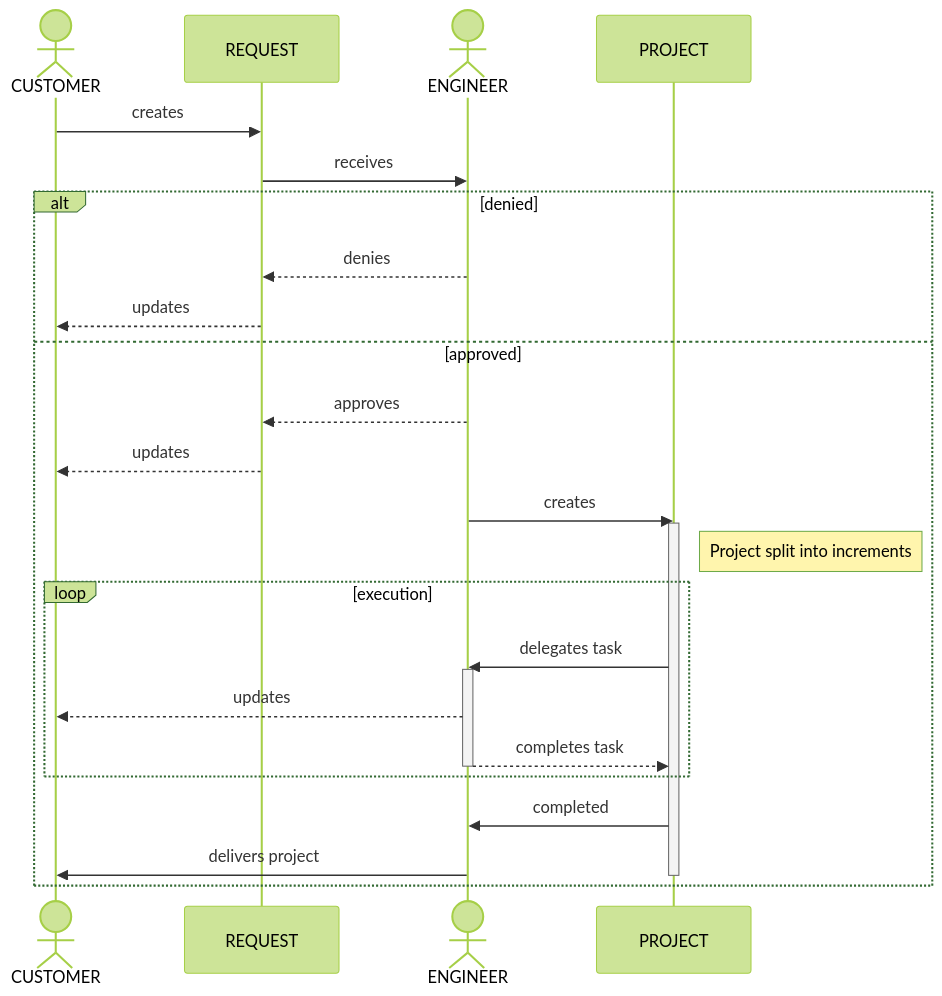
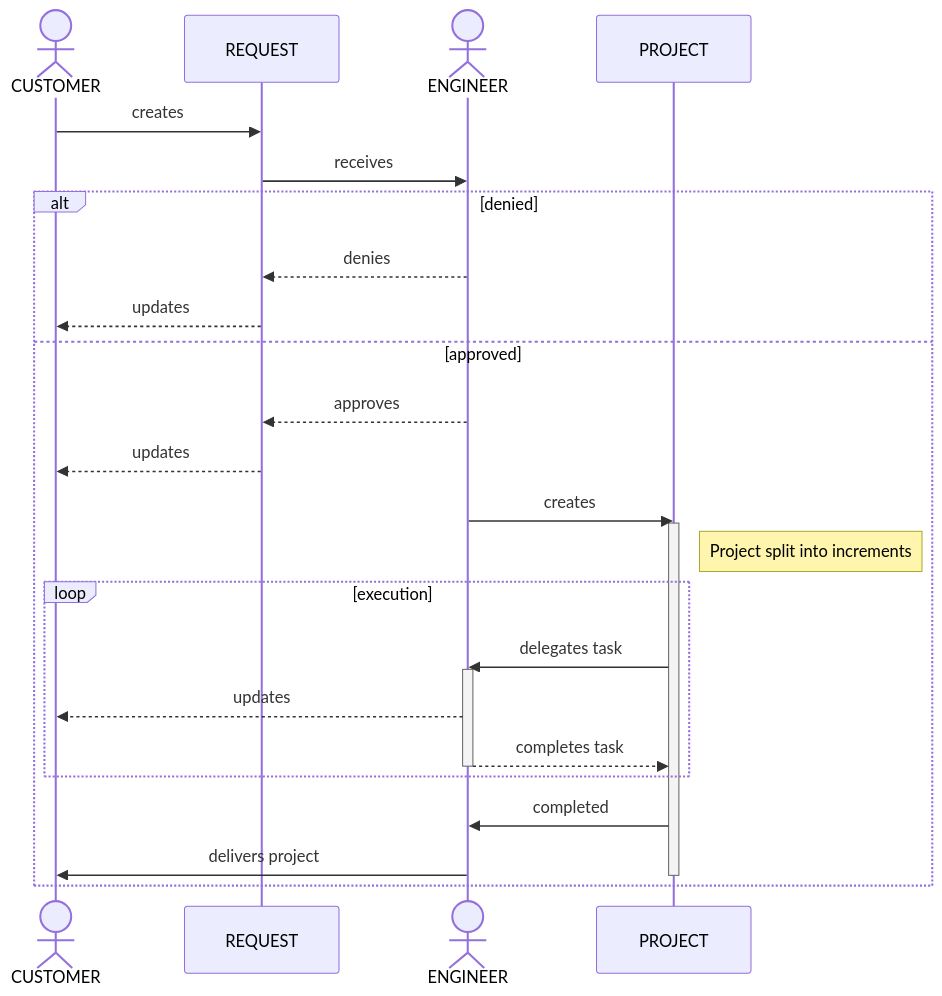
Before and after one commit to ines-ltd/grand-central: the second of 3 diagrams in specs/spec.md, drawn with Mermaid. The commit also changed other lines of this file, not shown here.

Commit message:
reverts theme

````diff
--- a/specs/spec.md
+++ b/specs/spec.md
@@ -136,30 +134,28 @@
 ```mermaid
-%%{init: {'theme':'forest'}}%%
-
 sequenceDiagram
   actor CUSTOMER
   participant REQUEST
   actor ENGINEER
   CUSTOMER ->> REQUEST : creates
   REQUEST ->> ENGINEER : receives
   alt denied
     ENGINEER -->> REQUEST : denies
     REQUEST -->> CUSTOMER : updates
   else approved
     ENGINEER -->> REQUEST : approves
     REQUEST -->> CUSTOMER : updates
     ENGINEER ->> PROJECT : creates
     activate PROJECT
     Note right of PROJECT : Project split into increments
     loop execution
       PROJECT ->> ENGINEER : delegates task
       activate ENGINEER
       ENGINEER -->> CUSTOMER : updates
       ENGINEER -->> PROJECT : completes task
       deactivate ENGINEER
     end
     PROJECT ->> ENGINEER : completed
     ENGINEER ->> CUSTOMER : delivers project
     deactivate PROJECT
   end
 ```
````
